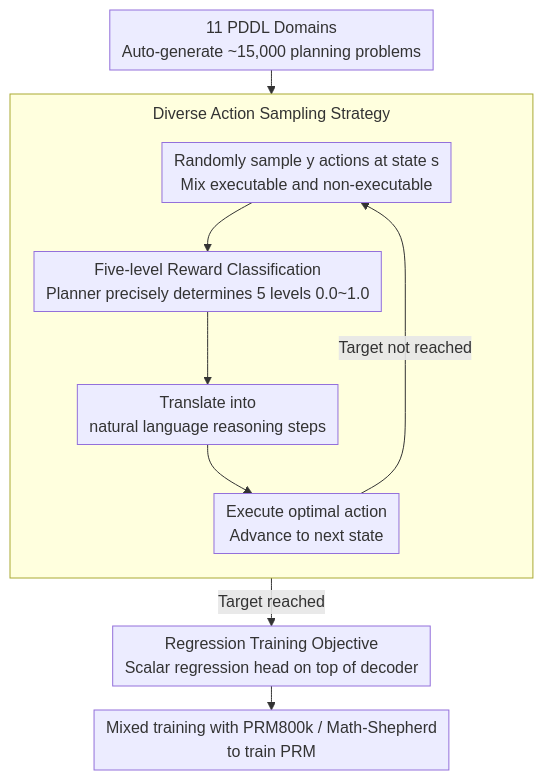
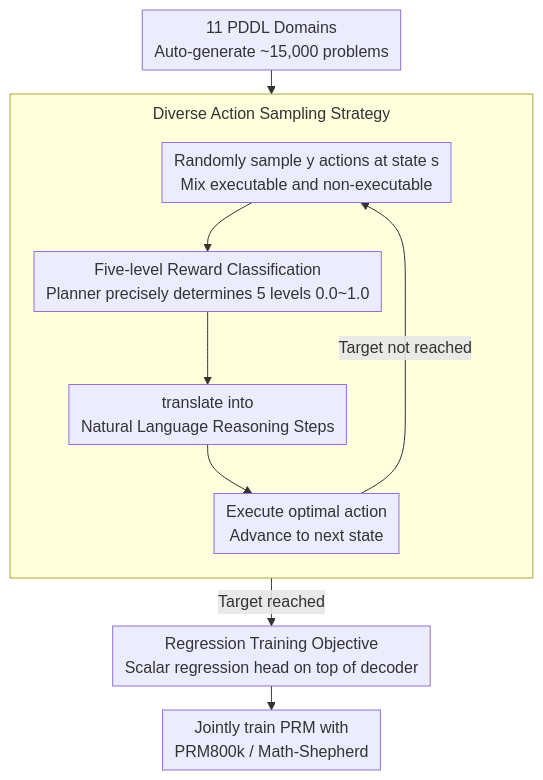
The diagram in docs/ACL2026/llm_reasoning/process_reward_models_meet_planning_generating_precise_and_scalable_datasets_for.md (zhaoyang97/Paper-Notes-en), drawn with Mermaid before and after one commit. The commit also changed other lines of this file and 5084 other files, not shown here.

````diff
--- a/docs/ACL2026/llm_reasoning/process_reward_models_meet_planning_generating_precise_and_scalable_datasets_for.md
+++ b/docs/ACL2026/llm_reasoning/process_reward_models_meet_planning_generating_precise_and_scalable_datasets_for.md
@@ -43,14 +43,14 @@
 ```mermaid
 %%{init: {'flowchart': {'rankSpacing': 24, 'nodeSpacing': 28, 'padding': 6, 'wrappingWidth': 400, 'subGraphTitleMargin': {'top': 8, 'bottom': 16}}}}%%
 flowchart TD
-    A["11 PDDL Domains<br/>Auto-generate ~15,000 planning problems"] --> B
+    A["11 PDDL Domains<br/>Auto-generate ~15,000 problems"] --> B
     subgraph SAMP["Diverse Action Sampling Strategy"]
         direction TB
         B["Randomly sample y actions at state s<br/>Mix executable and non-executable"] --> C["Five-level Reward Classification<br/>Planner precisely determines 5 levels 0.0~1.0"]
-        C --> D["Translate into<br/>natural language reasoning steps"]
+        C --> D["translate into<br/>Natural Language Reasoning Steps"]
         D --> E["Execute optimal action<br/>Advance to next state"]
         E -->|Target not reached| B
     end
     E -->|Target reached| F["Regression Training Objective<br/>Scalar regression head on top of decoder"]
-    F --> G["Mixed training with PRM800k / Math-Shepherd<br/>to train PRM"]
+    F --> G["Jointly train PRM with<br/>PRM800k / Math-Shepherd"]
 ```
````
